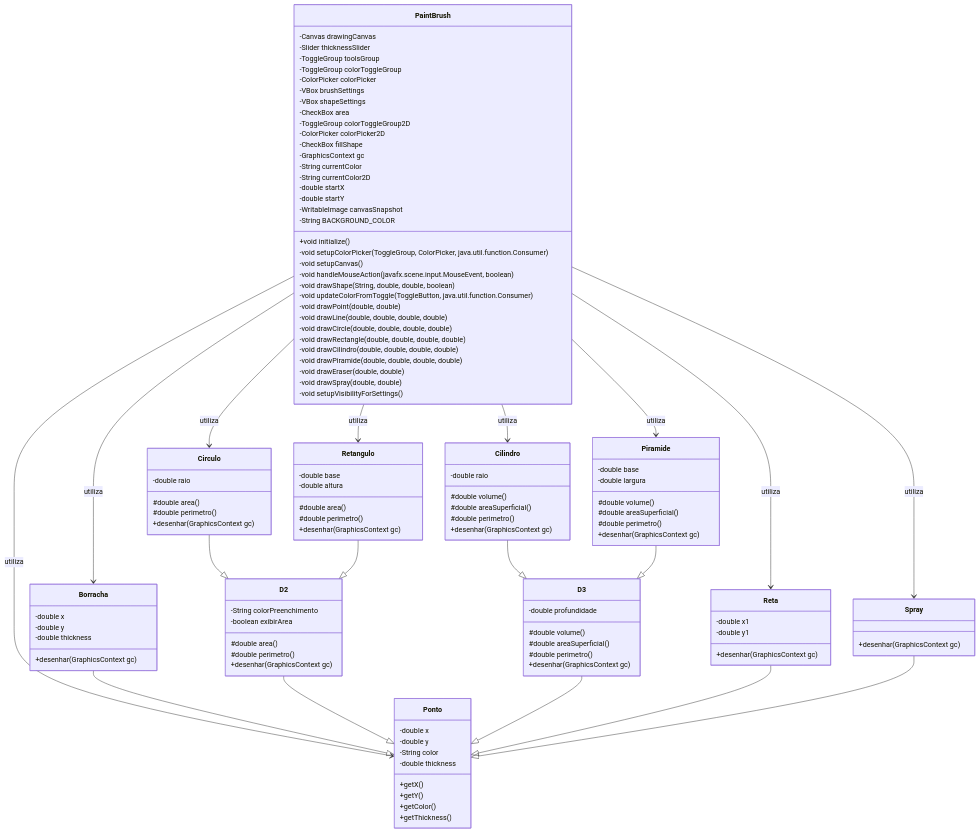
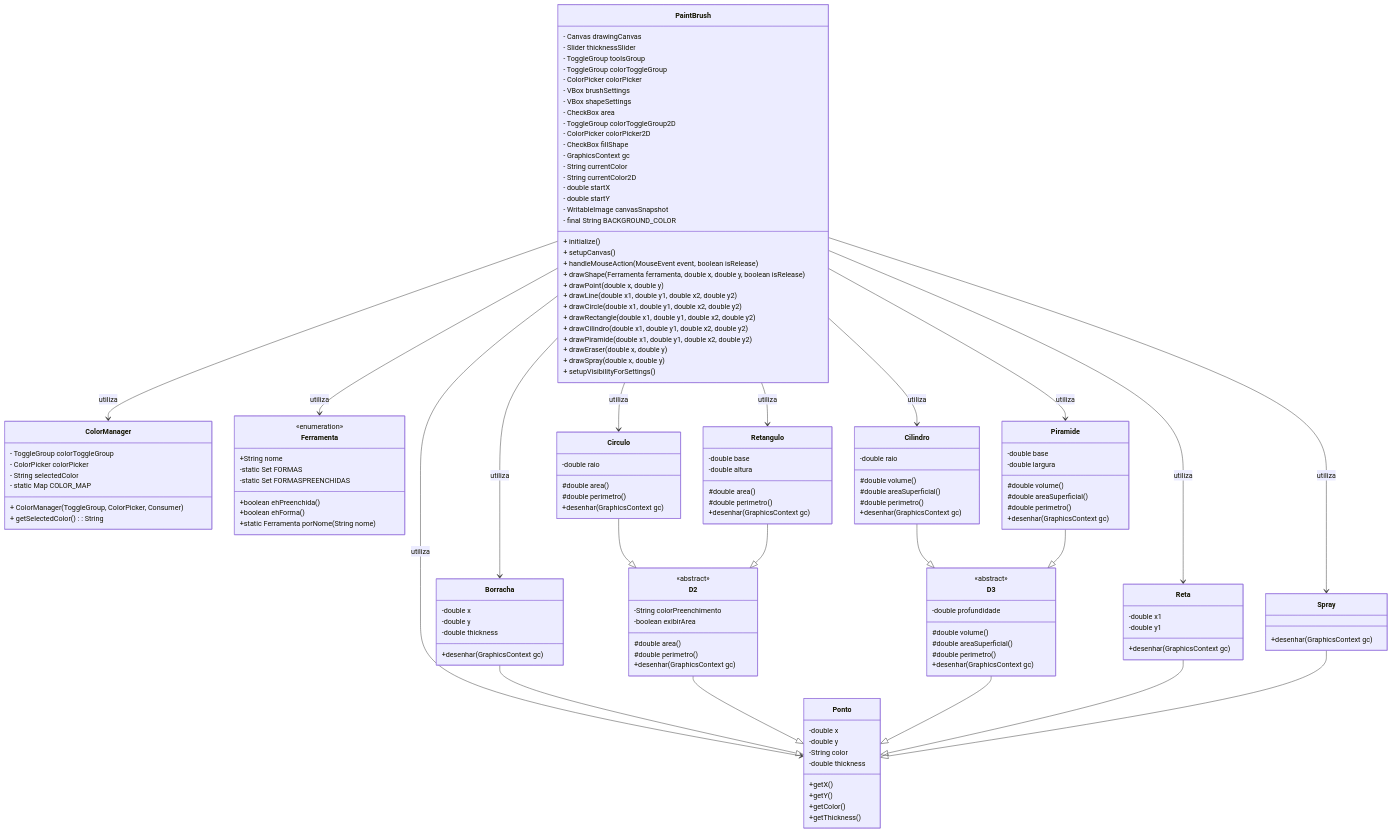
The diagram in README.md (StephanyeCunto/PaintBrush), drawn with Mermaid before and after one commit. The commit also changed 7 other files, not shown here.

Commit message:
Criação das classes Ferramenta e ColorManager

````diff
--- a/README.md
+++ b/README.md
@@ -71,41 +71,60 @@
 ```mermaid
 classDiagram
     %% Agrupamento de classes
-    class PaintBrush {
-        -Canvas drawingCanvas
-        -Slider thicknessSlider
-        -ToggleGroup toolsGroup
-        -ToggleGroup colorToggleGroup
-        -ColorPicker colorPicker
-        -VBox brushSettings
-        -VBox shapeSettings
-        -CheckBox area
-        -ToggleGroup colorToggleGroup2D
-        -ColorPicker colorPicker2D
-        -CheckBox fillShape
-        -GraphicsContext gc
-        -String currentColor
-        -String currentColor2D
-        -double startX
-        -double startY
-        -WritableImage canvasSnapshot
-        -String BACKGROUND_COLOR
-        +void initialize()
-        -void setupColorPicker(ToggleGroup, ColorPicker, java.util.function.Consumer)
-        -void setupCanvas()
-        -void handleMouseAction(javafx.scene.input.MouseEvent, boolean)
-        -void drawShape(String, double, double, boolean)
-        -void updateColorFromToggle(ToggleButton, java.util.function.Consumer)
-        -void drawPoint(double, double)
-        -void drawLine(double, double, double, double)
-        -void drawCircle(double, double, double, double)
-        -void drawRectangle(double, double, double, double)
-        -void drawCilindro(double, double, double, double)
-        -void drawPiramide(double, double, double, double)
-        -void drawEraser(double, double)
-        -void drawSpray(double, double)
-        -void setupVisibilityForSettings()
+      class PaintBrush {
+        - Canvas drawingCanvas
+        - Slider thicknessSlider
+        - ToggleGroup toolsGroup
+        - ToggleGroup colorToggleGroup
+        - ColorPicker colorPicker
+        - VBox brushSettings
+        - VBox shapeSettings
+        - CheckBox area
+        - ToggleGroup colorToggleGroup2D
+        - ColorPicker colorPicker2D
+        - CheckBox fillShape
+        - GraphicsContext gc
+        - String currentColor
+        - String currentColor2D
+        - double startX
+        - double startY
+        - WritableImage canvasSnapshot
+        - final String BACKGROUND_COLOR
+        + initialize()
+        + setupCanvas()
+        + handleMouseAction(MouseEvent event, boolean isRelease)
+        + drawShape(Ferramenta ferramenta, double x, double y, boolean isRelease)
+        + drawPoint(double x, double y)
+        + drawLine(double x1, double y1, double x2, double y2)
+        + drawCircle(double x1, double y1, double x2, double y2)
+        + drawRectangle(double x1, double y1, double x2, double y2)
+        + drawCilindro(double x1, double y1, double x2, double y2)
+        + drawPiramide(double x1, double y1, double x2, double y2)
+        + drawEraser(double x, double y)
+        + drawSpray(double x, double y)
+        + setupVisibilityForSettings()
     }
+
+
+    class ColorManager {
+        - ToggleGroup colorToggleGroup
+        - ColorPicker colorPicker
+        - String selectedColor
+        - static Map<String, String> COLOR_MAP
+        + ColorManager(ToggleGroup, ColorPicker, Consumer<String>)
+        + getSelectedColor() : String
+    }
+    
+      class Ferramenta {
+<<enumeration>>
+        +String nome
+        +boolean ehPreenchida()
+        +boolean ehForma()
+        +static Ferramenta porNome(String nome)
+        -static Set<Ferramenta> FORMAS
+        -static Set<Ferramenta> FORMASPREENCHIDAS
+    }
+
 
     class Borracha {
         -double x
@@ -130,6 +149,7 @@
     }
 
     class D2 {
+<<abstract>>
         -String colorPreenchimento
          -boolean exibirArea
         #double area()
@@ -138,6 +158,7 @@
     }
 
     class D3 {
+<<abstract>>
         -double profundidade
         #double volume()
         #double areaSuperficial()
@@ -192,6 +213,8 @@
     PaintBrush --> Piramide : utiliza
     PaintBrush --> Borracha : utiliza
     PaintBrush --> Spray : utiliza
+    PaintBrush --> ColorManager : utiliza
+    PaintBrush --> Ferramenta : utiliza
 
     Borracha --|> Ponto
     Cilindro --|> D3
@@ -202,4 +225,5 @@
     Reta --|> Ponto
     Retangulo --|> D2
     Spray --|> Ponto
+
 ```
````
